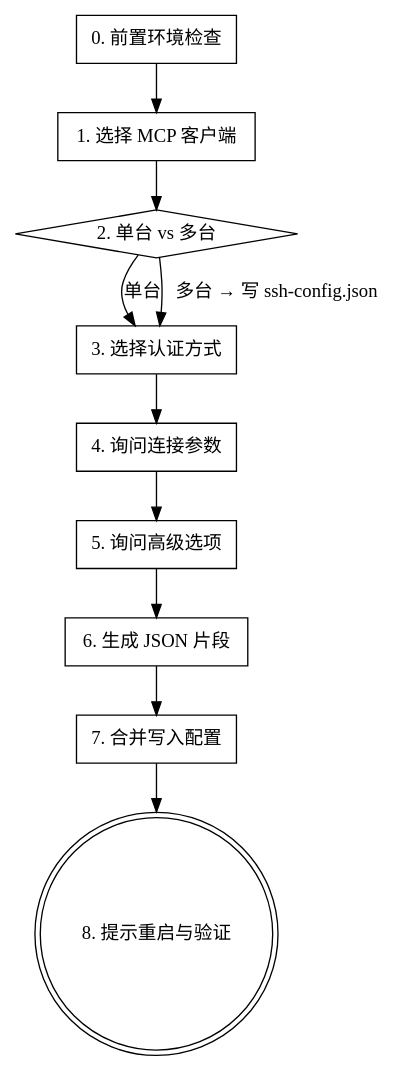
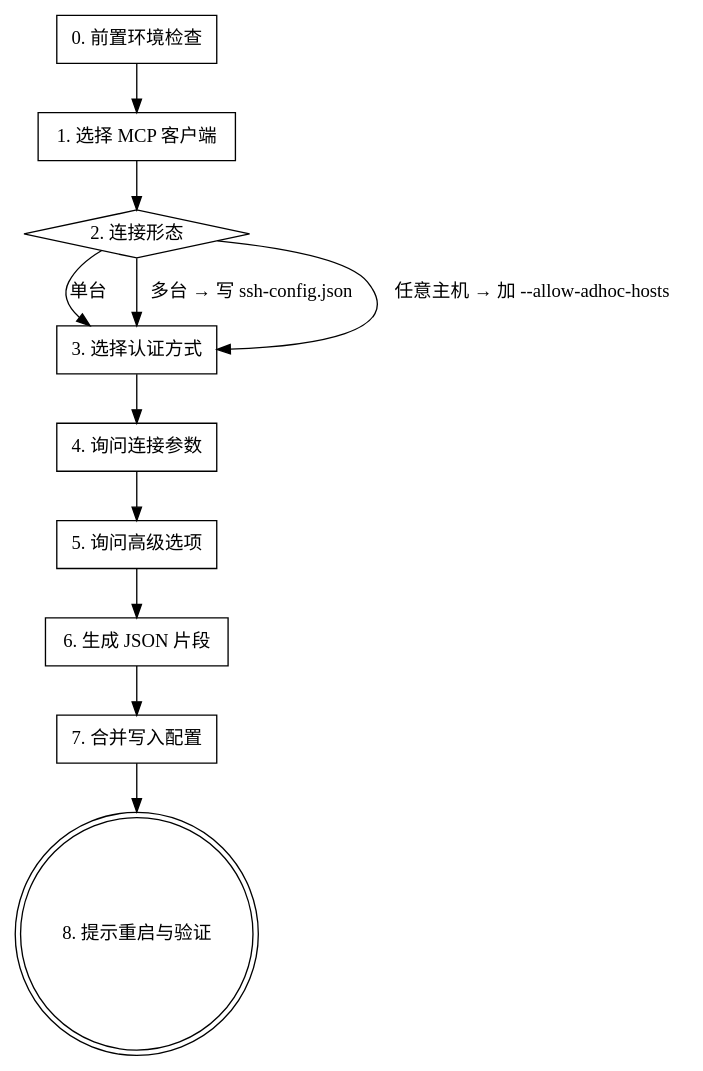
The diagram in skills/ssh-mcp-helper/SKILL.md (fenlyin0420/ssh-mcp-server), drawn with Graphviz before and after one commit. The commit also changed other lines of this file and 24 other files, not shown here.

````diff
--- a/skills/ssh-mcp-helper/SKILL.md
+++ b/skills/ssh-mcp-helper/SKILL.md
@@ -29,23 +29,24 @@
 ```dot
 digraph ssh_mcp_helper {
     "0. 前置环境检查" [shape=box];
     "1. 选择 MCP 客户端" [shape=box];
-    "2. 单台 vs 多台" [shape=diamond];
+    "2. 连接形态" [shape=diamond];
     "3. 选择认证方式" [shape=box];
     "4. 询问连接参数" [shape=box];
     "5. 询问高级选项" [shape=box];
     "6. 生成 JSON 片段" [shape=box];
     "7. 合并写入配置" [shape=box];
     "8. 提示重启与验证" [shape=doublecircle];
 
     "0. 前置环境检查" -> "1. 选择 MCP 客户端";
-    "1. 选择 MCP 客户端" -> "2. 单台 vs 多台";
-    "2. 单台 vs 多台" -> "3. 选择认证方式" [label="单台"];
-    "2. 单台 vs 多台" -> "3. 选择认证方式" [label="多台 → 写 ssh-config.json"];
+    "1. 选择 MCP 客户端" -> "2. 连接形态";
+    "2. 连接形态" -> "3. 选择认证方式" [label="单台"];
+    "2. 连接形态" -> "3. 选择认证方式" [label="多台 → 写 ssh-config.json"];
+    "2. 连接形态" -> "3. 选择认证方式" [label="任意主机 → 加 --allow-adhoc-hosts"];
     "3. 选择认证方式" -> "4. 询问连接参数";
     "4. 询问连接参数" -> "5. 询问高级选项";
     "5. 询问高级选项" -> "6. 生成 JSON 片段";
     "6. 生成 JSON 片段" -> "7. 合并写入配置";
     "7. 合并写入配置" -> "8. 提示重启与验证";
 }
 ```
````
